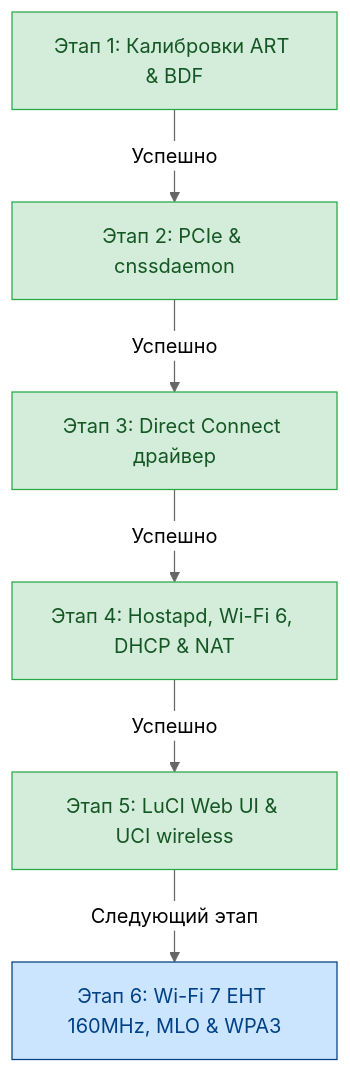
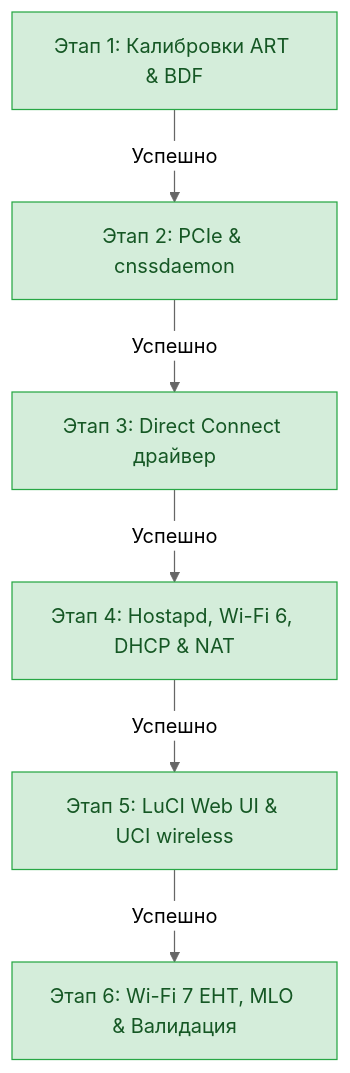
Before and after one commit to RomikB/openwrt: the diagram in WIFI_ROADMAP.md, drawn with Mermaid (neutral theme). The commit also changed other lines of this file and 10 other files, not shown here.

````diff
--- a/WIFI_ROADMAP.md
+++ b/WIFI_ROADMAP.md
@@ -20,15 +20,15 @@
 ```mermaid
 graph TD
     S1["Этап 1: Калибровки ART & BDF"] -->|Успешно| S2["Этап 2: PCIe & cnssdaemon"]
     S2 -->|Успешно| S3["Этап 3: Direct Connect драйвер"]
     S3 -->|Успешно| S4["Этап 4: Hostapd, Wi-Fi 6, DHCP & NAT"]
     S4 -->|Успешно| S5["Этап 5: LuCI Web UI & UCI wireless"]
-    S5 -->|Следующий этап| S6["Этап 6: Wi-Fi 7 EHT 160MHz, MLO & WPA3"]
+    S5 -->|Успешно| S6["Этап 6: Wi-Fi 7 EHT, MLO & Валидация"]
     
     style S1 fill:#d4edda,stroke:#28a745,color:#155724
     style S2 fill:#d4edda,stroke:#28a745,color:#155724
     style S3 fill:#d4edda,stroke:#28a745,color:#155724
     style S4 fill:#d4edda,stroke:#28a745,color:#155724
     style S5 fill:#d4edda,stroke:#28a745,color:#155724
-    style S6 fill:#cce5ff,stroke:#004085,color:#004085
+    style S6 fill:#d4edda,stroke:#28a745,color:#155724
 ```
````
